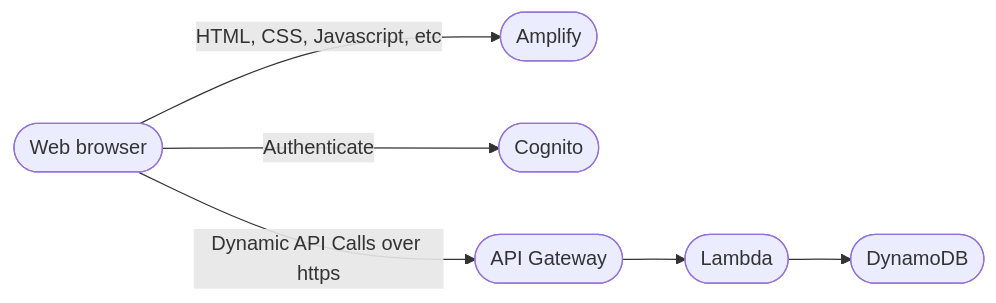
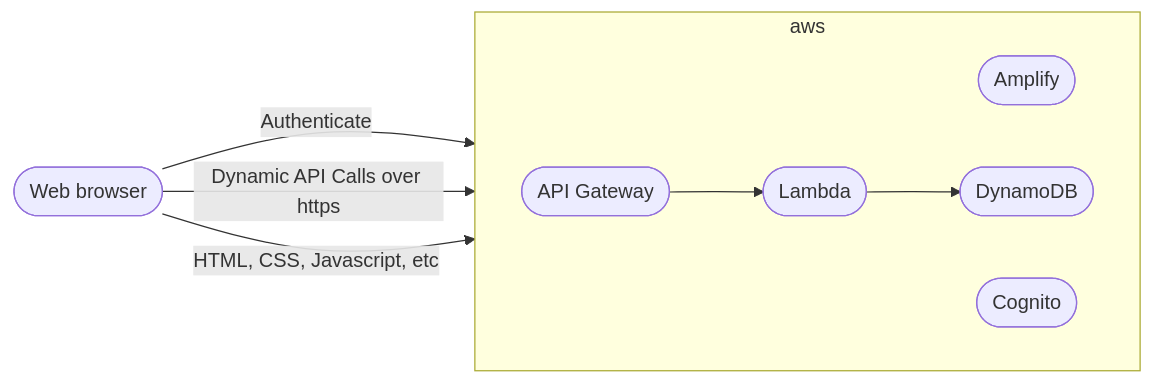
The second of 2 diagrams in README.md (bomfricketick/pensieve), drawn with Mermaid before and after one commit.

Commit message:
minor update

````diff
--- a/README.md
+++ b/README.md
@@ -66,8 +66,13 @@
 ```mermaid
 flowchart LR
-    A([Web browser])-->|HTML, CSS, Javascript, etc| B([Amplify])
+    subgraph aws
+    direction LR
+        B
+        C 
+        D-->E([Lambda])
+        E-->F([DynamoDB])
+    end
     A-->|Authenticate| C([Cognito]) 
     A-->|Dynamic API Calls over https| D([API Gateway])
-    D-->E([Lambda])
-    E-->F([DynamoDB])
+    A([Web browser])-->|HTML, CSS, Javascript, etc| B([Amplify])
 ```
````
